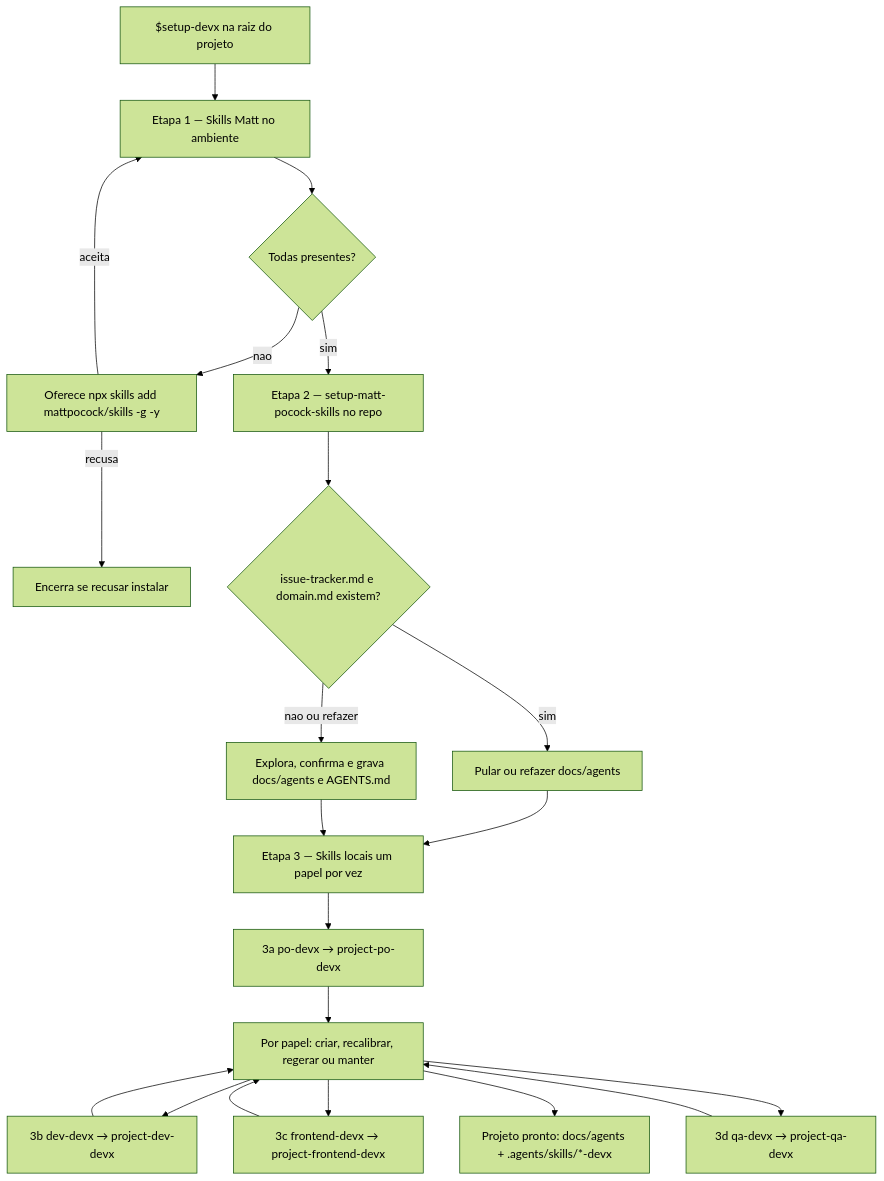
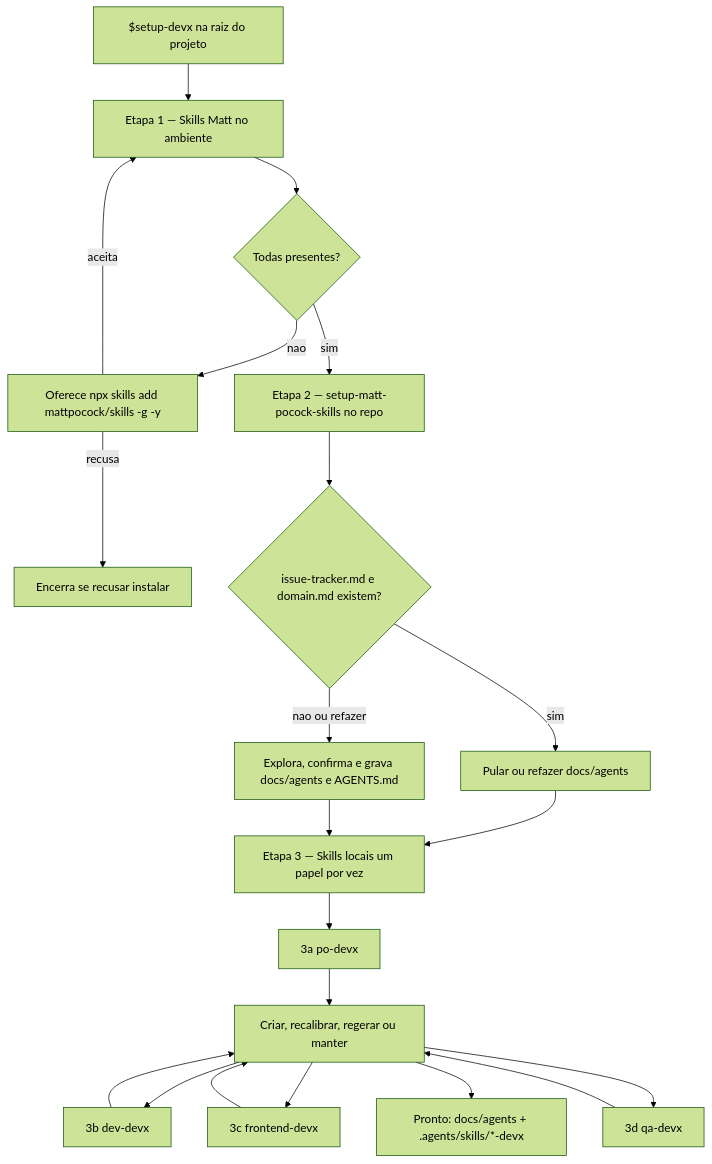
Before and after one commit to devxit/devx-squad: the fifth of 5 diagrams in README.md, drawn with Mermaid (forest theme). The commit also changed other lines of this file, not shown here.

First line of the commit message:
docs(readme): reestrutura com conceito, esteira e exemplos em Mermaid

````diff
--- a/README.md
+++ b/README.md
@@ -21,29 +128,29 @@
 ```mermaid
 flowchart TD
   start["$setup-devx na raiz do projeto"]
   e1["Etapa 1 — Skills Matt no ambiente"]
   e1ok{Todas presentes?}
   e1inst["Oferece npx skills add mattpocock/skills -g -y"]
   e1stop[Encerra se recusar instalar]
   e2["Etapa 2 — setup-matt-pocock-skills no repo"]
   e2ex{issue-tracker.md e domain.md existem?}
   e2ask[Pular ou refazer docs/agents]
   e2new[Explora, confirma e grava docs/agents e AGENTS.md]
   e3["Etapa 3 — Skills locais um papel por vez"]
-  po["3a po-devx → project-po-devx"]
-  dev["3b dev-devx → project-dev-devx"]
-  front["3c frontend-devx → project-frontend-devx"]
-  qa["3d qa-devx → project-qa-devx"]
-  roleout["Por papel: criar, recalibrar, regerar ou manter"]
-  endNode["Projeto pronto: docs/agents + .agents/skills/*-devx"]
+  po["3a po-devx"]
+  dev["3b dev-devx"]
+  front["3c frontend-devx"]
+  qa["3d qa-devx"]
+  roleout["Criar, recalibrar, regerar ou manter"]
+  endNode["Pronto: docs/agents + .agents/skills/*-devx"]
 
   start --> e1 --> e1ok
   e1ok -->|sim| e2
   e1ok -->|nao| e1inst
   e1inst -->|aceita| e1
   e1inst -->|recusa| e1stop
   e2 --> e2ex
   e2ex -->|sim| e2ask --> e3
   e2ex -->|nao ou refazer| e2new --> e3
   e3 --> po --> roleout --> dev --> roleout --> front --> roleout --> qa --> roleout --> endNode
 ```
````
